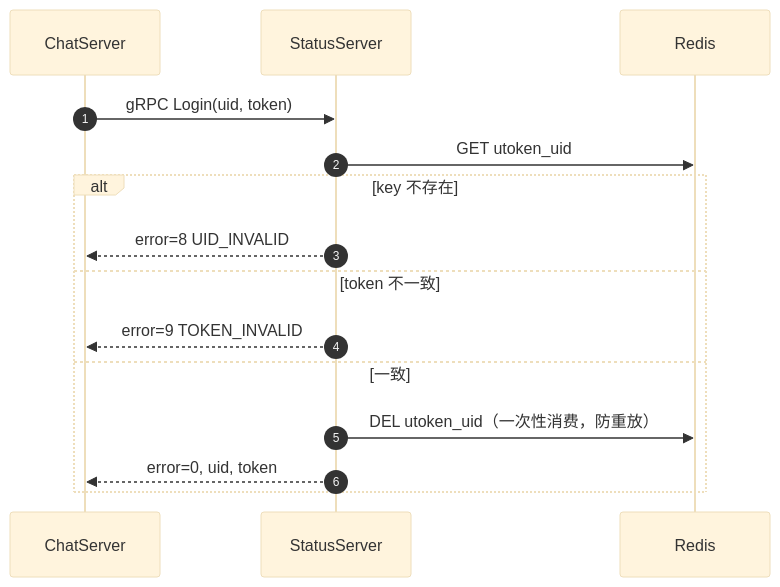
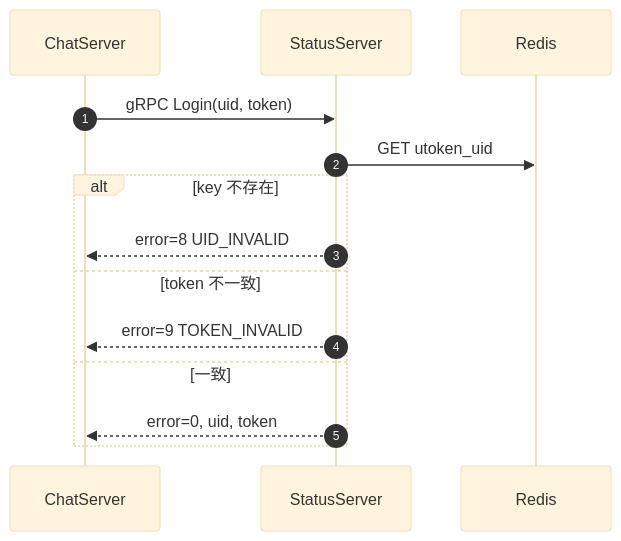
One commit to codeT2001/MyChat changed the second of 2 diagrams in Servers/StatusServer/README.md. Above: the diagram before and after it, drawn with Mermaid (base theme). The commit also changed other lines of this file and 6 other files, not shown here.

````diff
--- a/Servers/StatusServer/README.md
+++ b/Servers/StatusServer/README.md
@@ -43,18 +43,17 @@
 ```mermaid
 sequenceDiagram
     autonumber
     participant CS as ChatServer
     participant S as StatusServer
     participant R as Redis
 
     CS->>S: gRPC Login(uid, token)
     S->>R: GET utoken_uid
     alt key 不存在
         S-->>CS: error=8 UID_INVALID
     else token 不一致
         S-->>CS: error=9 TOKEN_INVALID
     else 一致
-        S->>R: DEL utoken_uid（一次性消费，防重放）
         S-->>CS: error=0, uid, token
     end
 ```
````
